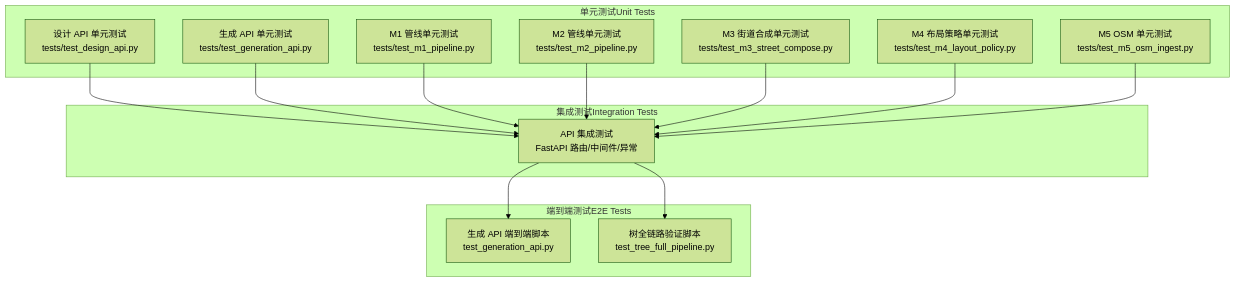
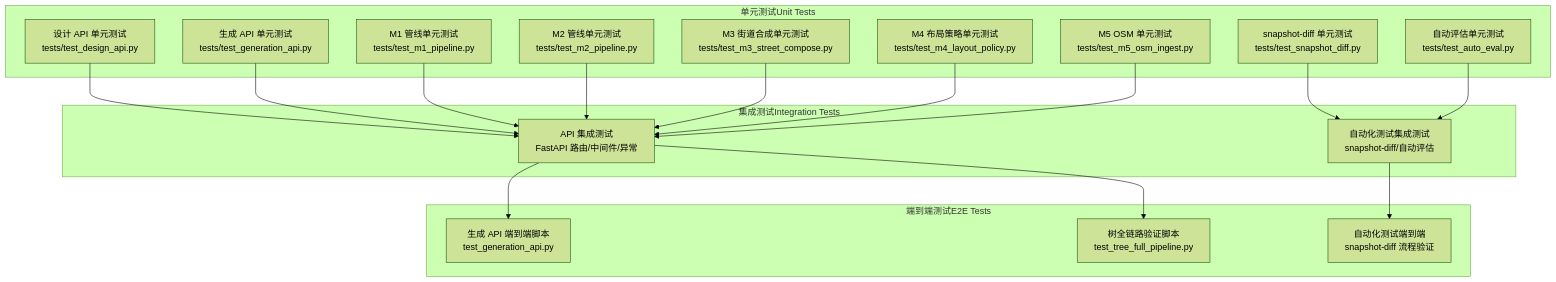
The second of 6 diagrams in .qoder/repowiki/zh/content/开发者指南/测试策略与实践.md (wsqstar/RoadGen3D), drawn with Mermaid (forest theme) before and after one commit. The commit also changed other lines of this file and 12 other files, not shown here.

````diff
--- a/.qoder/repowiki/zh/content/开发者指南/测试策略与实践.md
+++ b/.qoder/repowiki/zh/content/开发者指南/测试策略与实践.md
@@ -113,28 +136,35 @@
 ```mermaid
 graph TB
 subgraph "单元测试Unit Tests"
 UT1["设计 API 单元测试<br/>tests/test_design_api.py"]
 UT2["生成 API 单元测试<br/>tests/test_generation_api.py"]
 UT3["M1 管线单元测试<br/>tests/test_m1_pipeline.py"]
 UT4["M2 管线单元测试<br/>tests/test_m2_pipeline.py"]
 UT5["M3 街道合成单元测试<br/>tests/test_m3_street_compose.py"]
 UT6["M4 布局策略单元测试<br/>tests/test_m4_layout_policy.py"]
 UT7["M5 OSM 单元测试<br/>tests/test_m5_osm_ingest.py"]
+UT8["snapshot-diff 单元测试<br/>tests/test_snapshot_diff.py"]
+UT9["自动评估单元测试<br/>tests/test_auto_eval.py"]
 end
 subgraph "集成测试Integration Tests"
 IT1["API 集成测试<br/>FastAPI 路由/中间件/异常"]
+IT2["自动化测试集成测试<br/>snapshot-diff/自动评估"]
 end
 subgraph "端到端测试E2E Tests"
 E2E1["生成 API 端到端脚本<br/>test_generation_api.py"]
 E2E2["树全链路验证脚本<br/>test_tree_full_pipeline.py"]
+E2E3["自动化测试端到端<br/>snapshot-diff 流程验证"]
 end
 UT1 --> IT1
 UT2 --> IT1
 UT3 --> IT1
 UT4 --> IT1
 UT5 --> IT1
 UT6 --> IT1
 UT7 --> IT1
+UT8 --> IT2
+UT9 --> IT2
 IT1 --> E2E1
 IT1 --> E2E2
+IT2 --> E2E3
 ```
````
